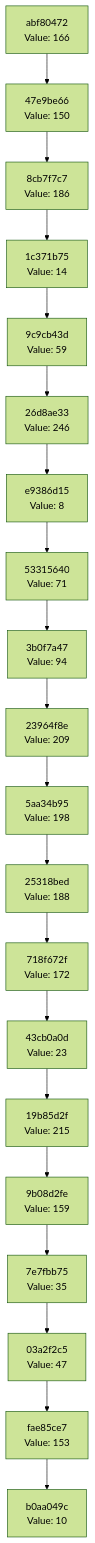
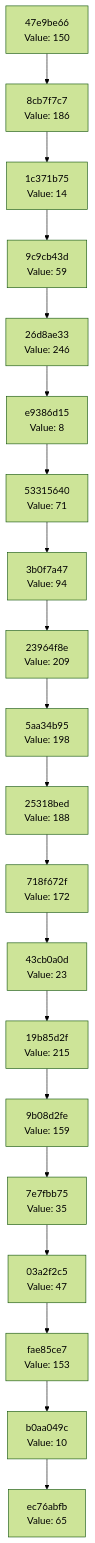
Before and after one commit to Abhisheksinha1506/hash-chain-evolver: the diagram in docs/CHAIN_VISUALIZATION.md, drawn with Mermaid (forest theme). The commit also changed 2 other files, not shown here.

Commit message:
Evolution Step

````diff
--- a/docs/CHAIN_VISUALIZATION.md
+++ b/docs/CHAIN_VISUALIZATION.md
@@ -3,42 +3,42 @@
 ```mermaid
 graph TD
-    C0["b0aa049c<br/>Value: 10"]
-    C1["fae85ce7<br/>Value: 153"]
+    C0["ec76abfb<br/>Value: 65"]
+    C1["b0aa049c<br/>Value: 10"]
     C1 --> C0
-    C2["03a2f2c5<br/>Value: 47"]
+    C2["fae85ce7<br/>Value: 153"]
     C2 --> C1
-    C3["7e7fbb75<br/>Value: 35"]
+    C3["03a2f2c5<br/>Value: 47"]
     C3 --> C2
-    C4["9b08d2fe<br/>Value: 159"]
+    C4["7e7fbb75<br/>Value: 35"]
     C4 --> C3
-    C5["19b85d2f<br/>Value: 215"]
+    C5["9b08d2fe<br/>Value: 159"]
     C5 --> C4
-    C6["43cb0a0d<br/>Value: 23"]
+    C6["19b85d2f<br/>Value: 215"]
     C6 --> C5
-    C7["718f672f<br/>Value: 172"]
+    C7["43cb0a0d<br/>Value: 23"]
     C7 --> C6
-    C8["25318bed<br/>Value: 188"]
+    C8["718f672f<br/>Value: 172"]
     C8 --> C7
-    C9["5aa34b95<br/>Value: 198"]
+    C9["25318bed<br/>Value: 188"]
     C9 --> C8
-    C10["23964f8e<br/>Value: 209"]
+    C10["5aa34b95<br/>Value: 198"]
     C10 --> C9
-    C11["3b0f7a47<br/>Value: 94"]
+    C11["23964f8e<br/>Value: 209"]
     C11 --> C10
-    C12["53315640<br/>Value: 71"]
+    C12["3b0f7a47<br/>Value: 94"]
     C12 --> C11
-    C13["e9386d15<br/>Value: 8"]
+    C13["53315640<br/>Value: 71"]
     C13 --> C12
-    C14["26d8ae33<br/>Value: 246"]
+    C14["e9386d15<br/>Value: 8"]
     C14 --> C13
-    C15["9c9cb43d<br/>Value: 59"]
+    C15["26d8ae33<br/>Value: 246"]
     C15 --> C14
-    C16["1c371b75<br/>Value: 14"]
+    C16["9c9cb43d<br/>Value: 59"]
     C16 --> C15
-    C17["8cb7f7c7<br/>Value: 186"]
+    C17["1c371b75<br/>Value: 14"]
     C17 --> C16
-    C18["47e9be66<br/>Value: 150"]
+    C18["8cb7f7c7<br/>Value: 186"]
     C18 --> C17
-    C19["abf80472<br/>Value: 166"]
+    C19["47e9be66<br/>Value: 150"]
     C19 --> C18
 ```
````
